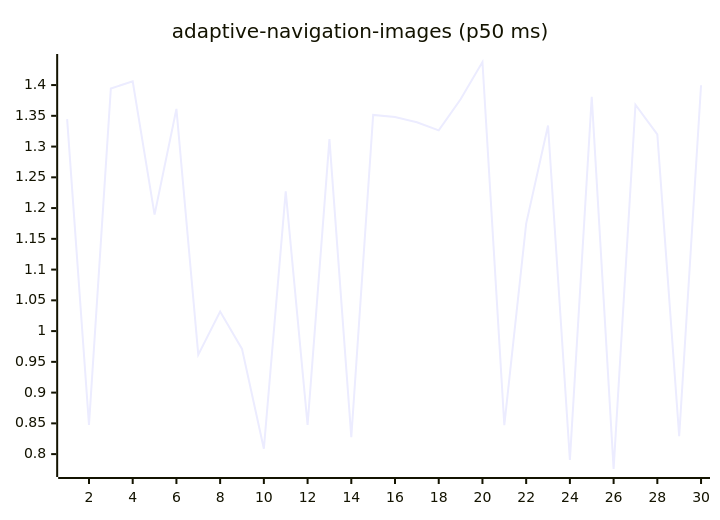
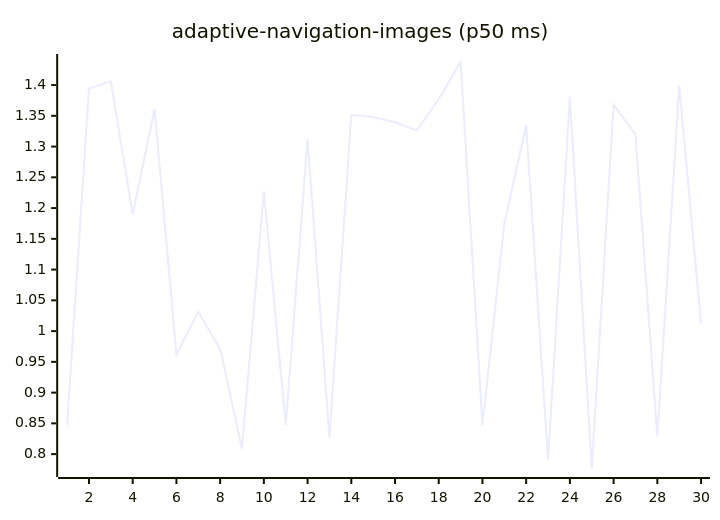
One commit to josha/Facet changed the first of 27 diagrams in README.md. Above: the diagram before and after it, drawn with Mermaid. The commit also changed other lines of this file and 2 other files, not shown here.

````diff
--- a/README.md
+++ b/README.md
@@ -63,6 +63,6 @@
 ```mermaid
 xychart-beta
     title "adaptive-navigation-images (p50 ms)"
     x-axis 1 --> 30
-    line [1.3447, 0.8475, 1.3944, 1.4060, 1.1893, 1.3612, 0.9615, 1.0317, 0.9711, 0.8088, 1.2271, 0.8473, 1.3121, 0.8274, 1.3515, 1.3479, 1.3395, 1.3263, 1.3769, 1.4375, 0.8471, 1.1748, 1.3343, 0.7905, 1.3810, 0.7758, 1.3680, 1.3197, 0.8291, 1.3996]
+    line [0.8475, 1.3944, 1.4060, 1.1893, 1.3612, 0.9615, 1.0317, 0.9711, 0.8088, 1.2271, 0.8473, 1.3121, 0.8274, 1.3515, 1.3479, 1.3395, 1.3263, 1.3769, 1.4375, 0.8471, 1.1748, 1.3343, 0.7905, 1.3810, 0.7758, 1.3680, 1.3197, 0.8291, 1.3996, 1.0110]
 ```
````
